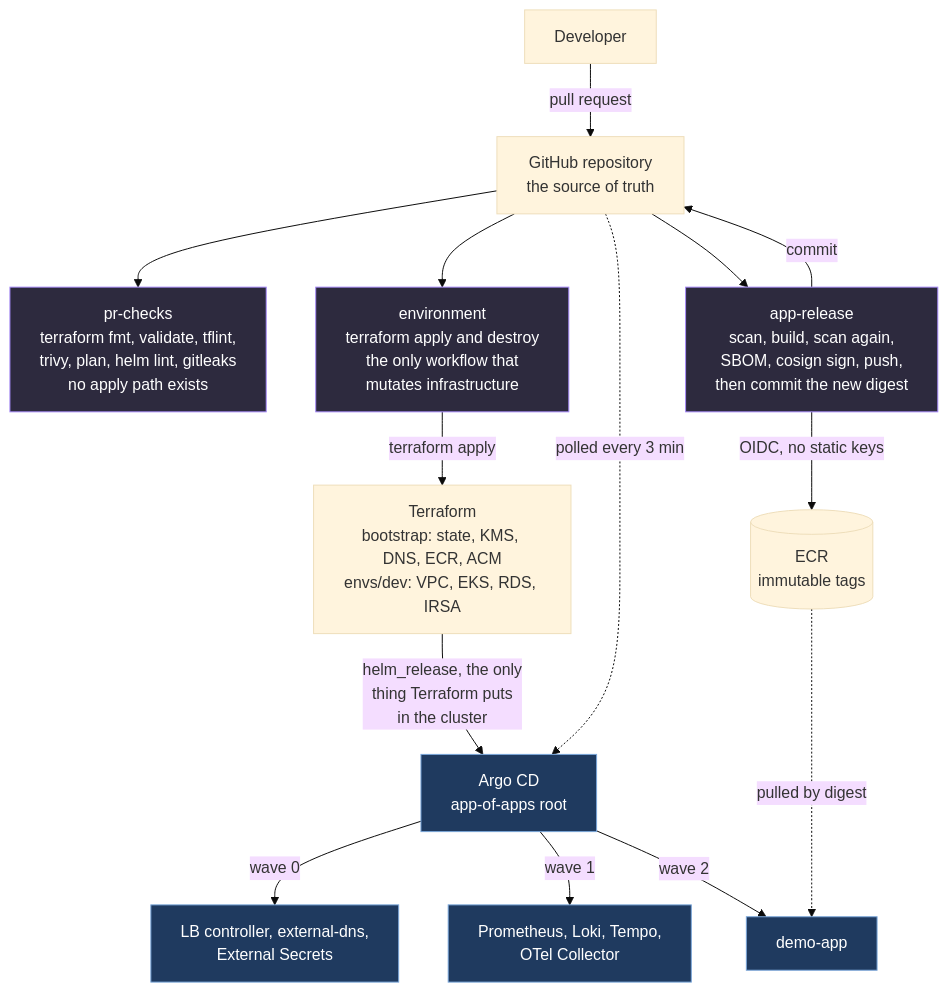
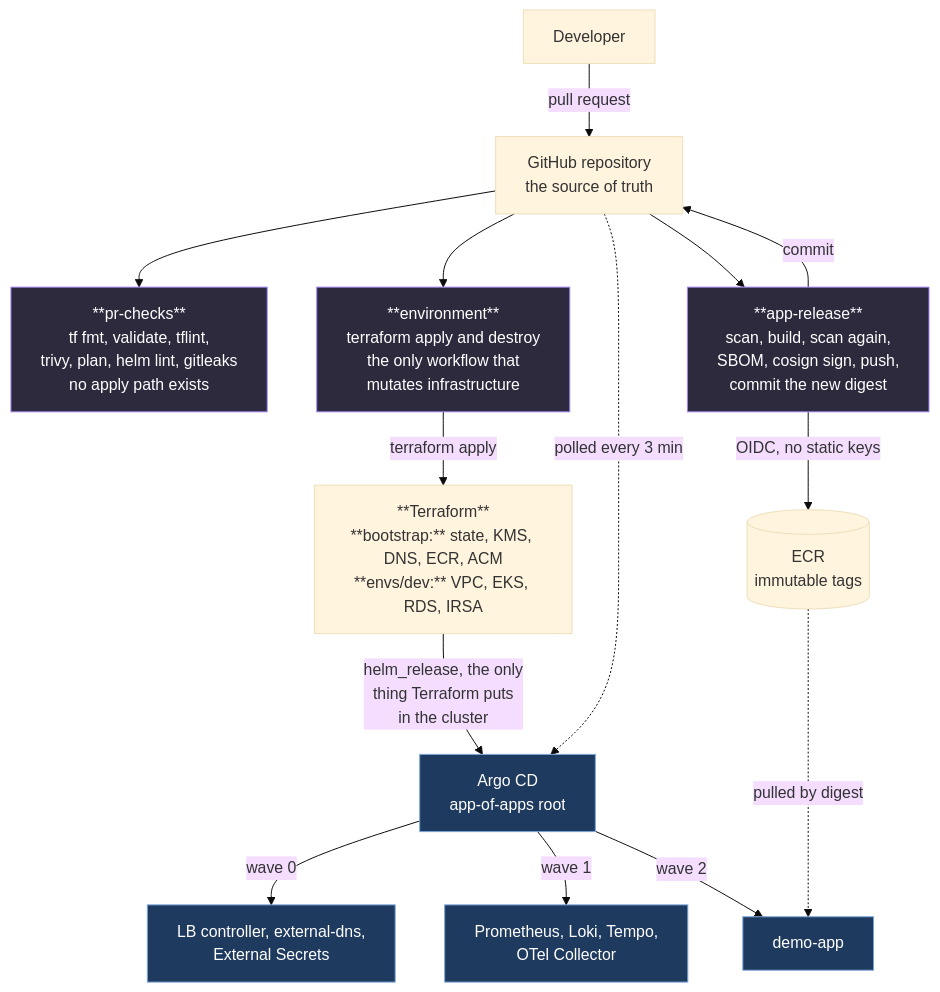
One commit to grandemeks/eks-platform changed the second of 3 diagrams in README.md. Above: the diagram before and after it, drawn with Mermaid (base theme). The commit also changed other lines of this file, not shown here.

Commit message:
docs: improved README.md file to represent whole infrastructure

````diff
--- a/README.md
+++ b/README.md
@@ -45,25 +45,25 @@
   ```mermaid
   flowchart TB
       dev["Developer"] -->|"pull request"| gh["GitHub repository<br/>the source of truth"]
 
-      gh --> prc["pr-checks<br/>terraform fmt, validate, tflint,<br/>trivy, plan, helm lint, gitleaks<br/>no apply path exists"]
-      gh --> envwf["environment<br/>terraform apply and destroy<br/>the only workflow that<br/>mutates infrastructure"]
-      gh --> rel["app-release<br/>scan, build, scan again,<br/>SBOM, cosign sign, push,<br/>then commit the new digest"]
+      gh --> prc["**pr-checks**<br/>tf fmt, validate, tflint,<br/>trivy, plan, helm lint, gitleaks<br/>no apply path exists"]
+      gh --> envwf["**environment**<br/>terraform apply and destroy<br/>the only workflow that<br/>mutates infrastructure"]
+      gh --> rel["**app-release**<br/>scan, build, scan again,<br/>SBOM, cosign sign, push,<br/>commit the new digest"]
 
       rel -->|"OIDC, no static keys"| ecr[("ECR<br/>immutable tags")]
       rel -->|"commit"| gh
 
-      envwf -->|"terraform apply"| tf["Terraform<br/>bootstrap: state, KMS, DNS, ECR, ACM<br/>envs/dev: VPC, EKS, RDS, IRSA"]
+      envwf -->|"terraform apply"| tf["**Terraform**<br/>**bootstrap:** state, KMS, DNS, ECR, ACM<br/>**envs/dev:** VPC, EKS, RDS, IRSA"]
       tf -->|"helm_release, the only<br/>thing Terraform puts<br/>in the cluster"| argo["Argo CD<br/>app-of-apps root"]
 
       gh -.->|"polled every 3 min"| argo
       argo -->|"wave 0"| w0["LB controller, external-dns,<br/>External Secrets"]
       argo -->|"wave 1"| w1["Prometheus, Loki, Tempo,<br/>OTel Collector"]
       argo -->|"wave 2"| w2["demo-app"]
       ecr -.->|"pulled by digest"| w2
 
       classDef ci fill:#2d2a3e,stroke:#a78bfa,color:#ffffff
       classDef k8s fill:#1f3a5f,stroke:#7aa6da,color:#ffffff
       class prc,envwf,rel ci
       class argo,w0,w1,w2 k8s
   ```
````
